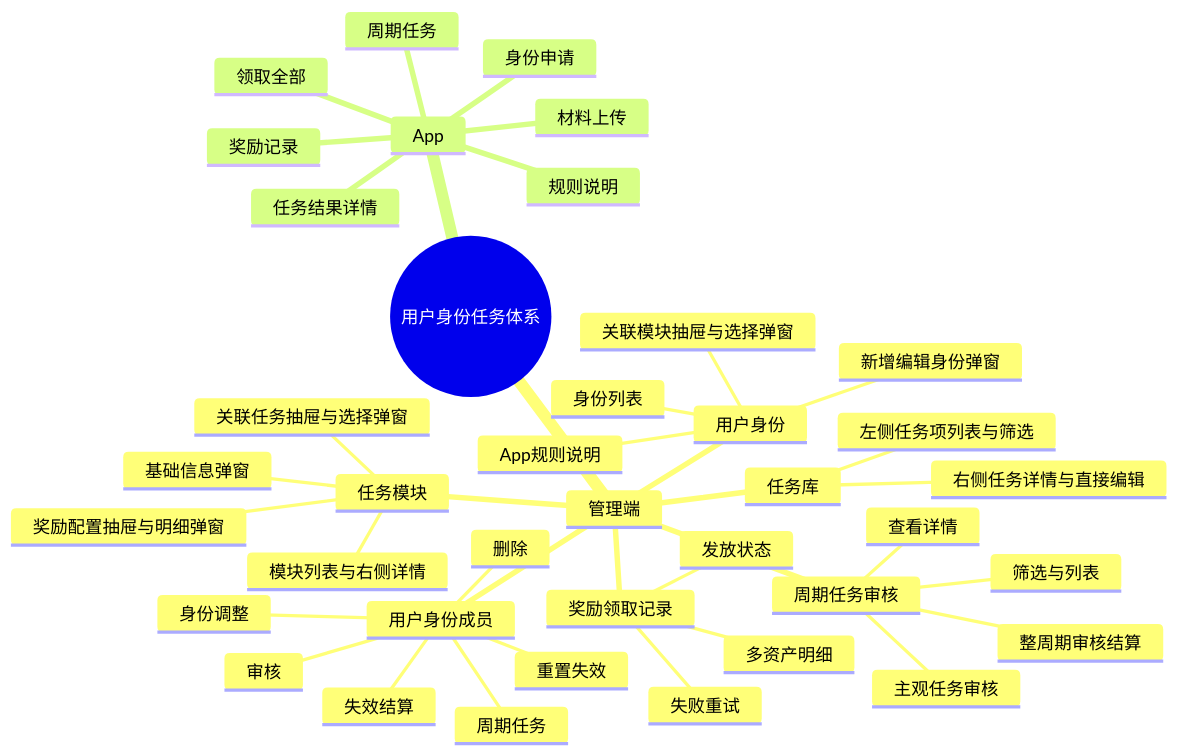
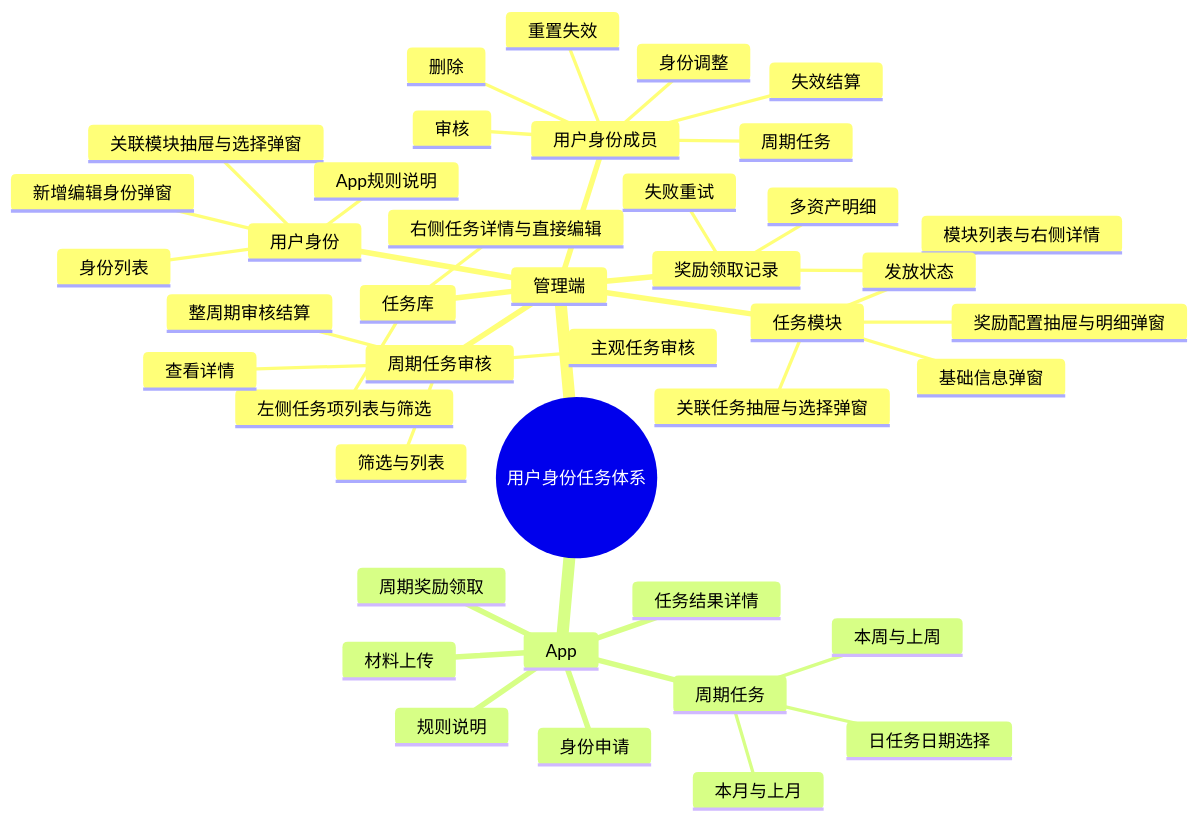
The second of 4 diagrams in sano用户任务体系/需求文档/用户身份任务体系.md (lxw13000/sano-pm), drawn with Mermaid before and after one commit. The commit also changed other lines of this file and 75 other files, not shown here.

````diff
--- a/sano用户任务体系/需求文档/用户身份任务体系.md
+++ b/sano用户任务体系/需求文档/用户身份任务体系.md
@@ -90,42 +90,44 @@
 ```mermaid
 mindmap
   root((用户身份任务体系))
     管理端
       任务库
         左侧任务项列表与筛选
         右侧任务详情与直接编辑
       任务模块
         模块列表与右侧详情
         基础信息弹窗
         关联任务抽屉与选择弹窗
         奖励配置抽屉与明细弹窗
       用户身份
         身份列表
         新增编辑身份弹窗
         关联模块抽屉与选择弹窗
         App规则说明
       用户身份成员
         审核
         身份调整
         重置失效
         失效结算
         删除
         周期任务
       周期任务审核
         筛选与列表
         查看详情
         主观任务审核
         整周期审核结算
       奖励领取记录
         多资产明细
         发放状态
         失败重试
     App
       身份申请
       周期任务
+        日任务日期选择
+        本周与上周
+        本月与上月
       任务结果详情
       材料上传
       规则说明
-      奖励记录
-      领取全部
+      周期奖励领取
 ```
````
